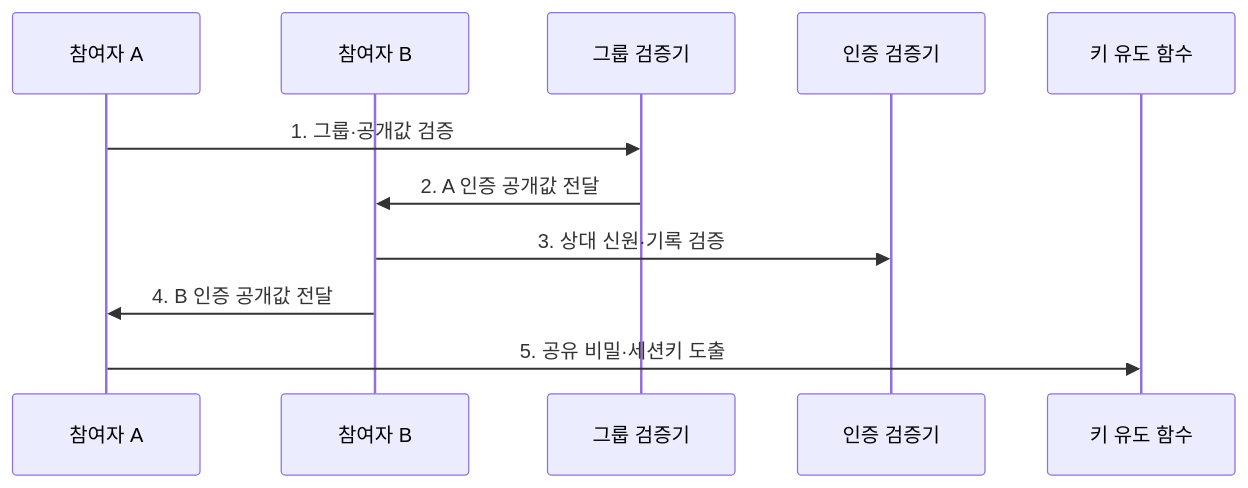
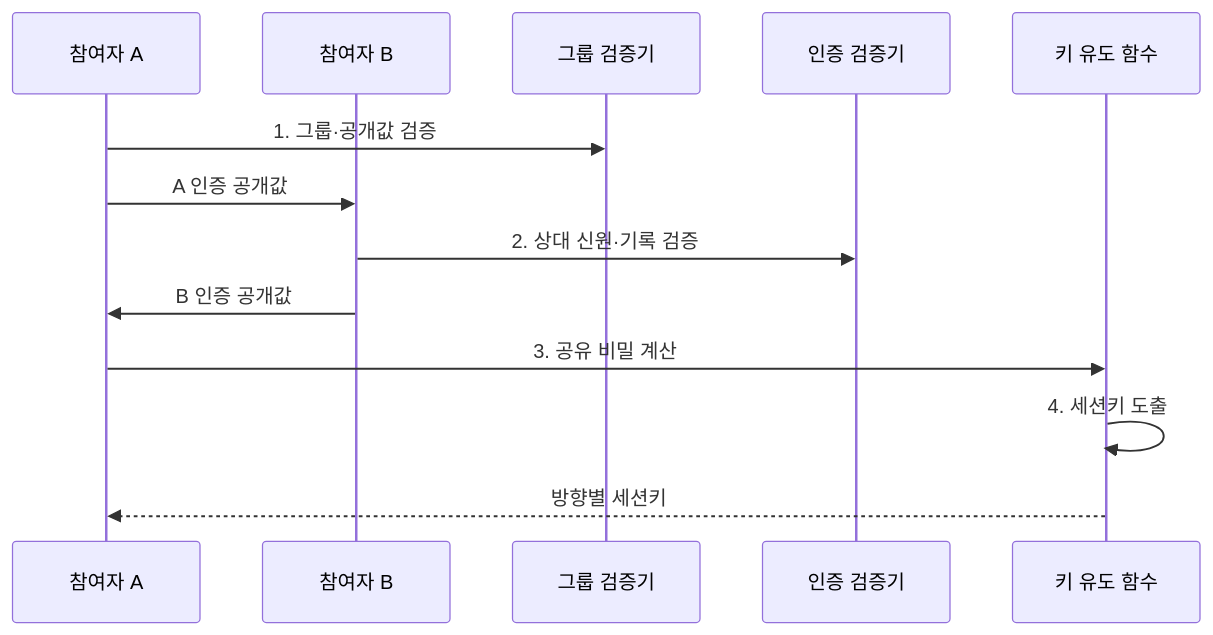
One commit to agnusdei1207/knowledge-base changed the second of 2 diagrams in src/content/docs/notes/05-security/005_diffie_hellman_key_exchange.md. Above: the diagram before and after it, drawn with Mermaid. The commit also changed other lines of this file and 20 other files, not shown here.

````diff
--- a/src/content/docs/notes/05-security/005_diffie_hellman_key_exchange.md
+++ b/src/content/docs/notes/05-security/005_diffie_hellman_key_exchange.md
@@ -89,13 +89,15 @@
 ```mermaid
 sequenceDiagram
     participant A as 참여자 A
     participant B as 참여자 B
     participant V as 그룹 검증기
     participant I as 인증 검증기
     participant K as 키 유도 함수
     A->>V: 1. 그룹·공개값 검증
-    V->>B: 2. A 인증 공개값 전달
-    B->>I: 3. 상대 신원·기록 검증
-    B->>A: 4. B 인증 공개값 전달
-    A->>K: 5. 공유 비밀·세션키 도출
+    A->>B: A 인증 공개값
+    B->>I: 2. 상대 신원·기록 검증
+    B->>A: B 인증 공개값
+    A->>K: 3. 공유 비밀 계산
+    K->>K: 4. 세션키 도출
+    K-->>A: 방향별 세션키
 ```
````
